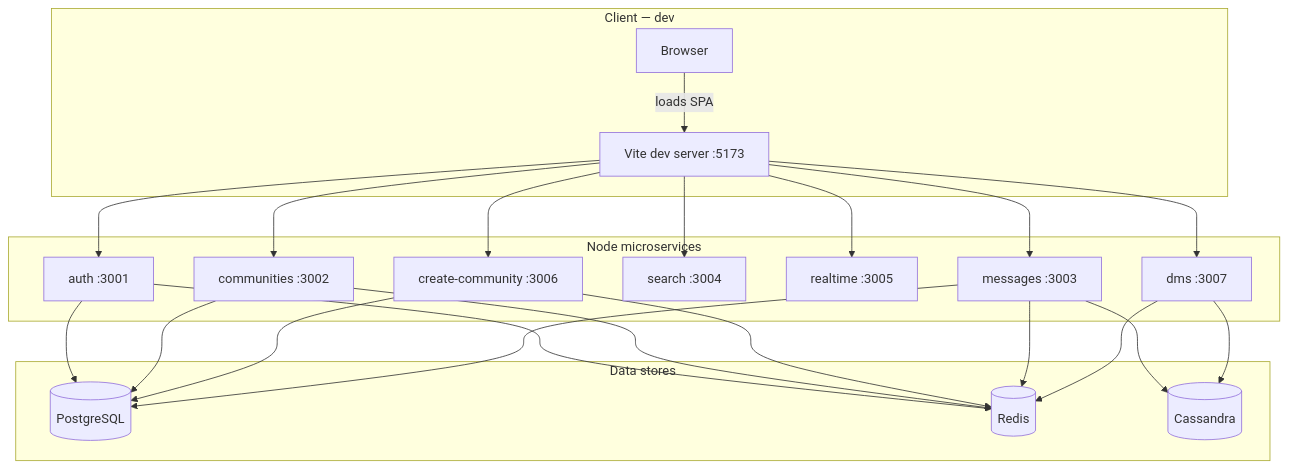
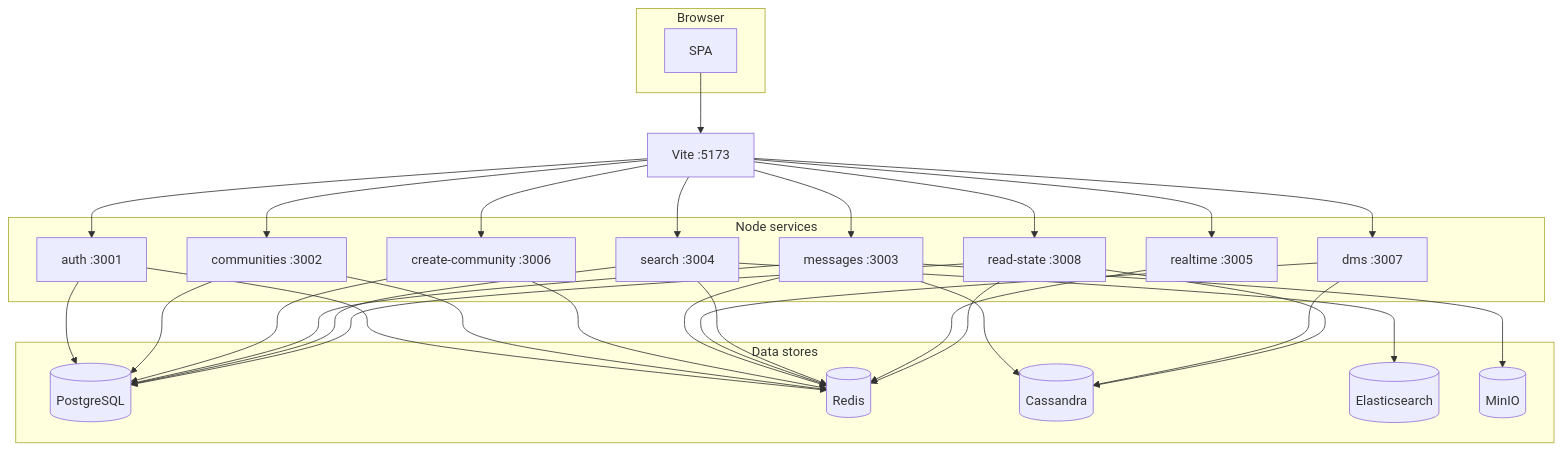
Before and after one commit to ja963mes/CSE356-Discord-Term-Project: the diagram in README.md, drawn with Mermaid. The commit also changed other lines of this file and 14 other files, not shown here.

````diff
--- a/README.md
+++ b/README.md
@@ -13,44 +18,57 @@
 ```mermaid
 flowchart TB
-  subgraph dev [Client — dev]
-    Browser[Browser]
-    Vite[Vite dev server :5173]
-    Browser -->|loads SPA| Vite
+  subgraph client [Browser]
+    Browser[SPA]
   end
 
-  subgraph backends [Node microservices]
-    Auth[auth :3001]
-    Comm[communities :3002]
-    Msg[messages :3003]
-    Srch[search :3004]
-    Rt[realtime :3005]
+  Vite[Vite :5173]
+
+  subgraph svc [Node services]
+    A[auth :3001]
+    C[communities :3002]
+    M[messages :3003]
+    S[search :3004]
+    R[realtime :3005]
     CC[create-community :3006]
-    Dms[dms :3007]
+    D[dms :3007]
+    RS[read-state :3008]
   end
-
-  Vite --> Auth
-  Vite --> Comm
-  Vite --> Msg
-  Vite --> Srch
-  Vite --> Rt
-  Vite --> CC
-  Vite --> Dms
 
   subgraph data [Data stores]
     PG[(PostgreSQL)]
     RD[(Redis)]
     CAS[(Cassandra)]
+    ES[(Elasticsearch)]
+    S3[(MinIO)]
   end
 
-  Auth --> PG
-  Auth --> RD
-  Comm --> PG
-  Comm --> RD
+  Browser --> Vite
+  Vite --> A
+  Vite --> C
+  Vite --> M
+  Vite --> S
+  Vite --> R
+  Vite --> CC
+  Vite --> D
+  Vite --> RS
+
+  A --> PG
+  A --> RD
+  C --> PG
+  C --> RD
   CC --> PG
   CC --> RD
-  Msg --> PG
-  Msg --> CAS
-  Msg --> RD
-  Dms --> CAS
-  Dms --> RD
+  M --> PG
+  M --> CAS
+  M --> RD
+  M --> S3
+  D --> CAS
+  D --> RD
+  S --> PG
+  S --> RD
+  S --> ES
+  R --> RD
+  RS --> PG
+  RS --> CAS
+  RS --> RD
 ```
````
